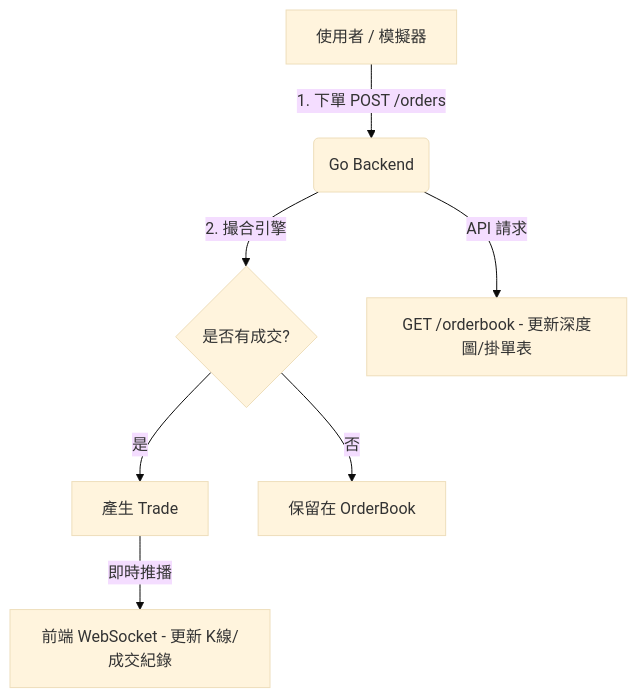
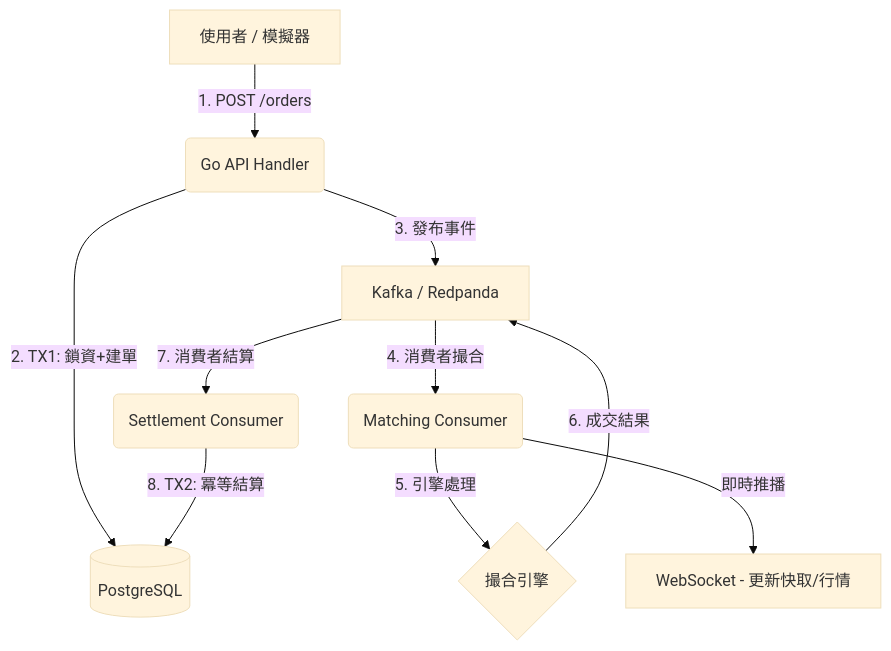
Before and after one commit to RayLiu1999/cyptocurrency-exchange-backend: the diagram in README.md, drawn with Mermaid (base theme). The commit also changed other lines of this file and 3 other files, not shown here.

Commit message:
chore(dev): add Redpanda docker-compose, Makefile targets, .env and README updates for Kafka

````diff
--- a/README.md
+++ b/README.md
@@ -29,10 +27,13 @@
 ```mermaid
 graph TD
-    A[使用者 / 模擬器] -->|1. 下單 POST /orders| B(Go Backend)
-    B -->|2. 撮合引擎| C{是否有成交?}
-    C -->|是| D[產生 Trade]
-    C -->|否| E[保留在 OrderBook]
+    A[使用者 / 模擬器] -->|1. POST /orders| B(Go API Handler)
+    B -->|2. TX1: 鎖資+建單| DB[(PostgreSQL)]
+    B -->|3. 發布事件| K[Kafka / Redpanda]
+    K -->|4. 消費者撮合| MC(Matching Consumer)
+    MC -->|5. 引擎處理| E{撮合引擎}
+    E -->|6. 成交結果| K
+    K -->|7. 消費者結算| SC(Settlement Consumer)
+    SC -->|8. TX2: 冪等結算| DB
     
-    D -->|即時推播| F[前端 WebSocket - 更新 K線/成交紀錄]
-    B -->|API 請求| G[GET /orderbook - 更新深度圖/掛單表]
+    MC -->|即時推播| WS[WebSocket - 更新快取/行情]
 ```
````
